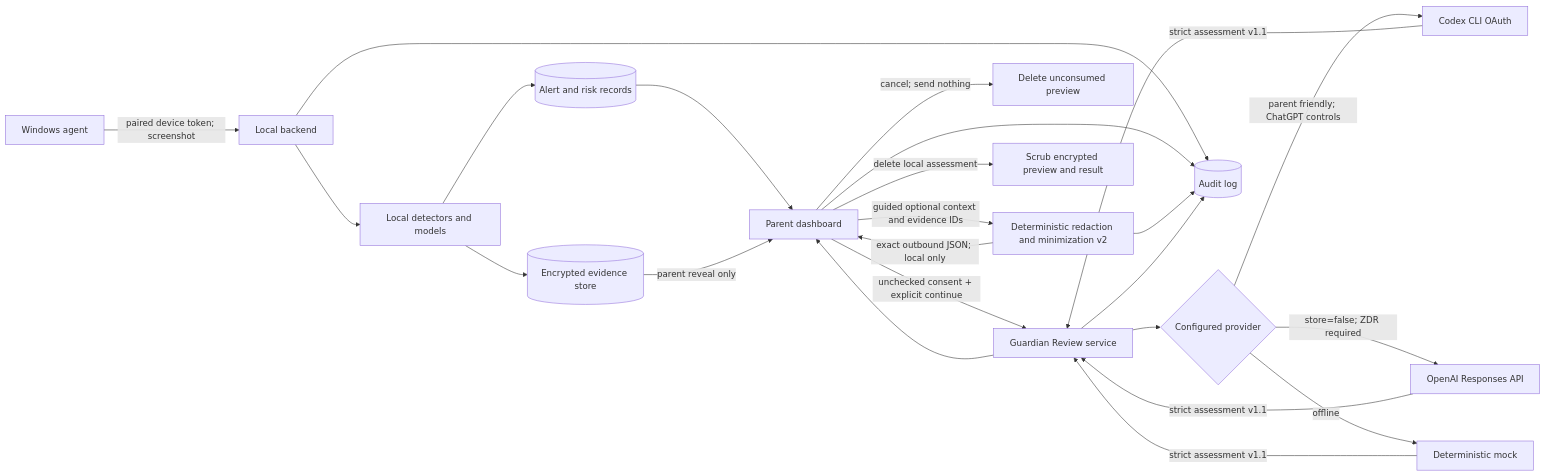
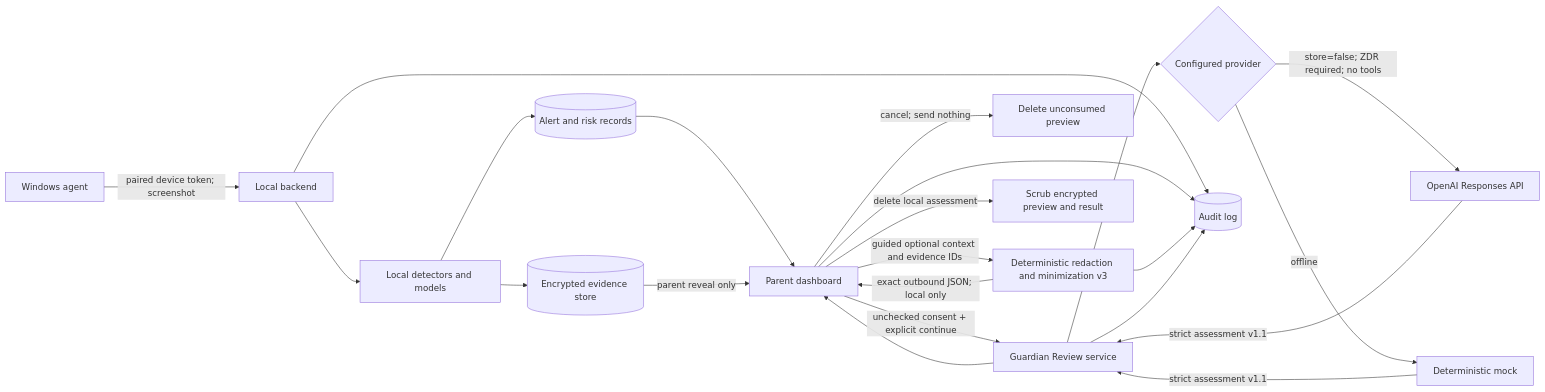
Before and after one commit to the-vibe-dev/guardiannode: the diagram in docs/build-week/GUARDIAN_REVIEW_SPEC.md, drawn with Mermaid. The commit also changed other lines of this file and 43 other files, not shown here.

````diff
--- a/docs/build-week/GUARDIAN_REVIEW_SPEC.md
+++ b/docs/build-week/GUARDIAN_REVIEW_SPEC.md
@@ -36,26 +36,24 @@
 ```mermaid
 flowchart LR
     A[Windows agent] -->|paired device token; screenshot| B[Local backend]
     B --> C[Local detectors and models]
     C --> D[(Encrypted evidence store)]
     C --> E[(Alert and risk records)]
     E --> F[Parent dashboard]
     D -->|parent reveal only| F
-    F -->|guided optional context and evidence IDs| G[Deterministic redaction and minimization v2]
+    F -->|guided optional context and evidence IDs| G[Deterministic redaction and minimization v3]
     G -->|exact outbound JSON; local only| F
     F -->|cancel; send nothing| N[Delete unconsumed preview]
     F -->|unchecked consent + explicit continue| H[Guardian Review service]
     H --> K{Configured provider}
-    K -->|parent friendly; ChatGPT controls| L[Codex CLI OAuth]
-    K -->|store=false; ZDR required| I[OpenAI Responses API]
+    K -->|store=false; ZDR required; no tools| I[OpenAI Responses API]
     K -->|offline| M[Deterministic mock]
-    L -->|strict assessment v1.1| H
     I -->|strict assessment v1.1| H
     M -->|strict assessment v1.1| H
     H --> F
     F -->|delete local assessment| O[Scrub encrypted preview and result]
     B --> J[(Audit log)]
     F --> J
     G --> J
     H --> J
 ```
````
